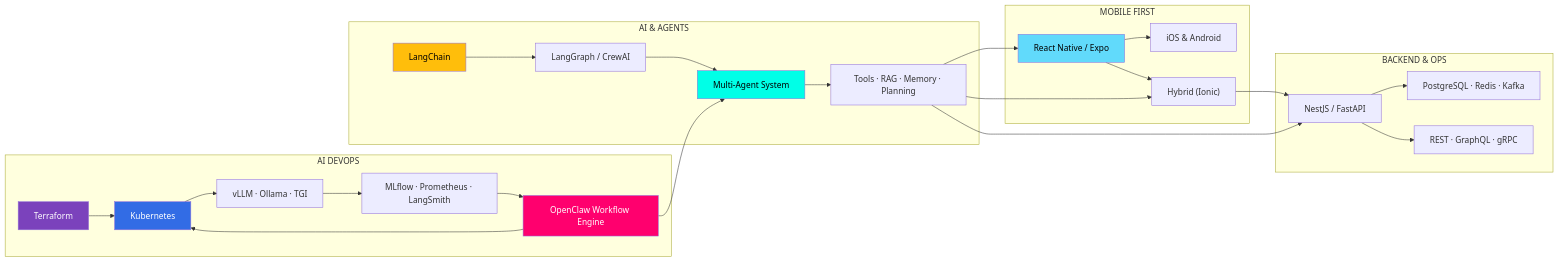
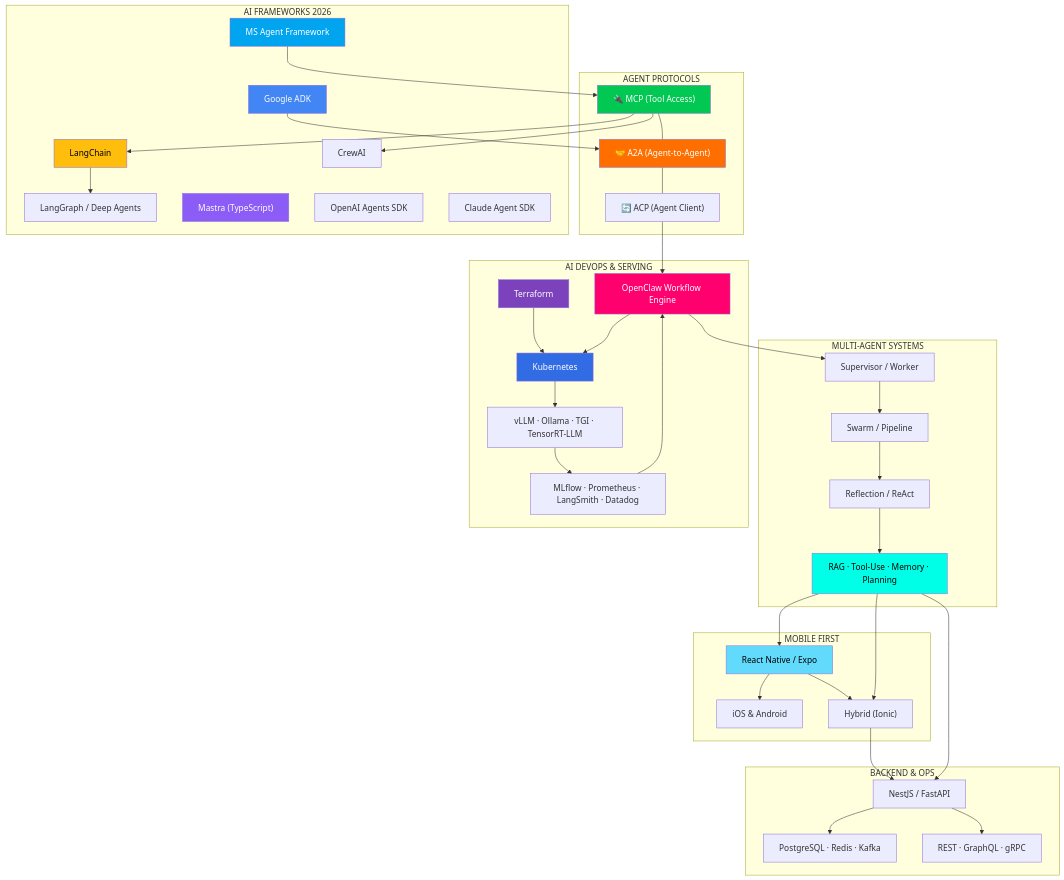
One commit to deb888/deb888 changed the first of 3 diagrams in README.md. Above: the diagram before and after it, drawn with Mermaid. The commit also changed other lines of this file, not shown here.

````diff
--- a/README.md
+++ b/README.md
@@ -58,31 +78,51 @@
 ```mermaid
-graph LR
+graph TB
     subgraph "MOBILE FIRST"
         A["React Native / Expo"] --> B["iOS & Android"]
         A --> C["Hybrid (Ionic)"]
     end
-    subgraph "AI & AGENTS"
-        D["LangChain"] --> E["LangGraph / CrewAI"]
-        E --> F["Multi-Agent System"]
-        F --> G["Tools · RAG · Memory · Planning"]
+    subgraph "AGENT PROTOCOLS"
+        P1["🔌 MCP (Tool Access)"] --- P2["🤝 A2A (Agent-to-Agent)"]
+        P2 --- P3["🔄 ACP (Agent Client)"]
+    end
+    subgraph "AI FRAMEWORKS 2026"
+        D["LangChain"] --> E["LangGraph / Deep Agents"]
+        F["Google ADK"] --> P2
+        G["MS Agent Framework"] --> P1
+        H["Mastra (TypeScript)"]
+        I["OpenAI Agents SDK"]
+        J["Claude Agent SDK"]
+        K["CrewAI"]
+    end
+    subgraph "MULTI-AGENT SYSTEMS"
+        L["Supervisor / Worker"] --> M["Swarm / Pipeline"]
+        M --> N["Reflection / ReAct"]
+        N --> O["RAG · Tool-Use · Memory · Planning"]
     end
     subgraph "BACKEND & OPS"
-        H["NestJS / FastAPI"] --> I["PostgreSQL · Redis · Kafka"]
-        H --> J["REST · GraphQL · gRPC"]
+        Q["NestJS / FastAPI"] --> R["PostgreSQL · Redis · Kafka"]
+        Q --> S["REST · GraphQL · gRPC"]
     end
-    subgraph "AI DEVOPS"
-        K["Terraform"] --> L["Kubernetes"]
-        L --> M["vLLM · Ollama · TGI"]
-        M --> N["MLflow · Prometheus · LangSmith"]
-        N --> O["OpenClaw Workflow Engine"]
+    subgraph "AI DEVOPS & SERVING"
+        T["Terraform"] --> U["Kubernetes"]
+        U --> V["vLLM · Ollama · TGI · TensorRT-LLM"]
+        V --> W["MLflow · Prometheus · LangSmith · Datadog"]
+        W --> X["OpenClaw Workflow Engine"]
     end
-    C --> H
-    G --> A & C & H
-    O --> L & F
+    C --> Q
+    O --> A & C & Q
+    X --> U & L
+    P1 --> D & K
+    P3 --> X
     style A fill:#61DAFB,color:#000
     style D fill:#FFBE0B,color:#000
-    style F fill:#00FFE7,color:#000
-    style K fill:#7B42BC,color:#fff
-    style L fill:#326CE5,color:#fff
-    style O fill:#FF006E,color:#fff
+    style F fill:#4285F4,color:#fff
+    style G fill:#00A4EF,color:#fff
+    style H fill:#8B5CF6,color:#fff
+    style O fill:#00FFE7,color:#000
+    style P1 fill:#00C853,color:#fff
+    style P2 fill:#FF6F00,color:#fff
+    style T fill:#7B42BC,color:#fff
+    style U fill:#326CE5,color:#fff
+    style X fill:#FF006E,color:#fff
 ```
````
